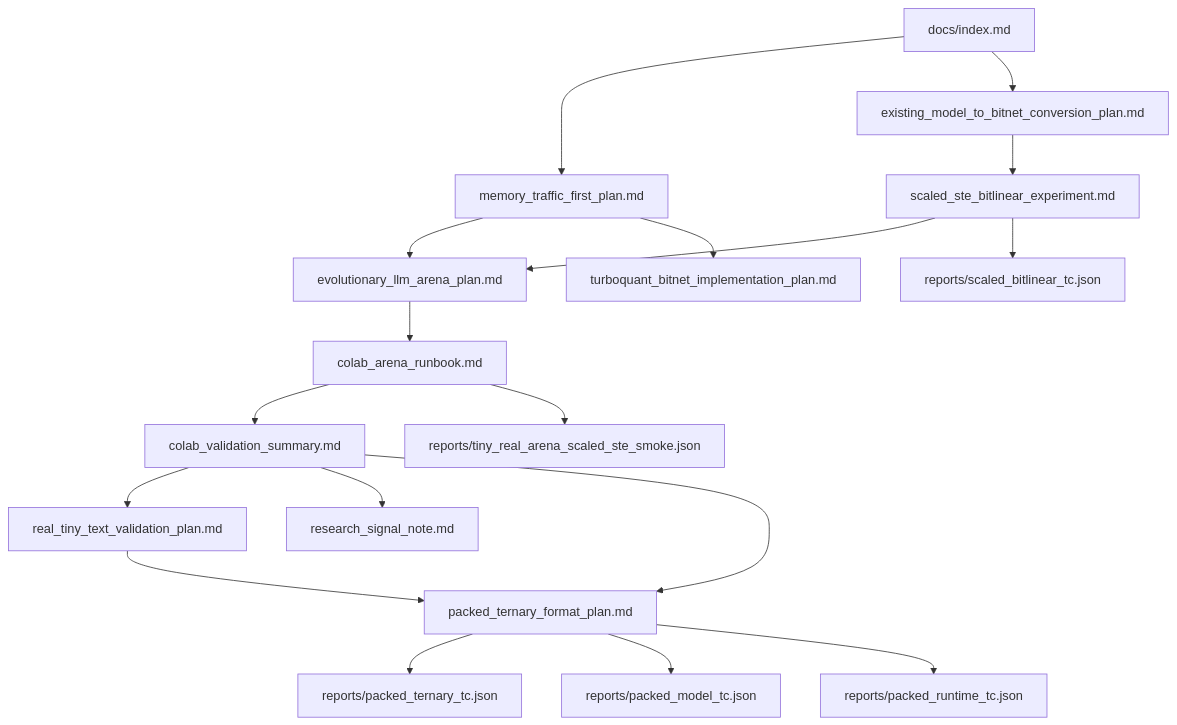
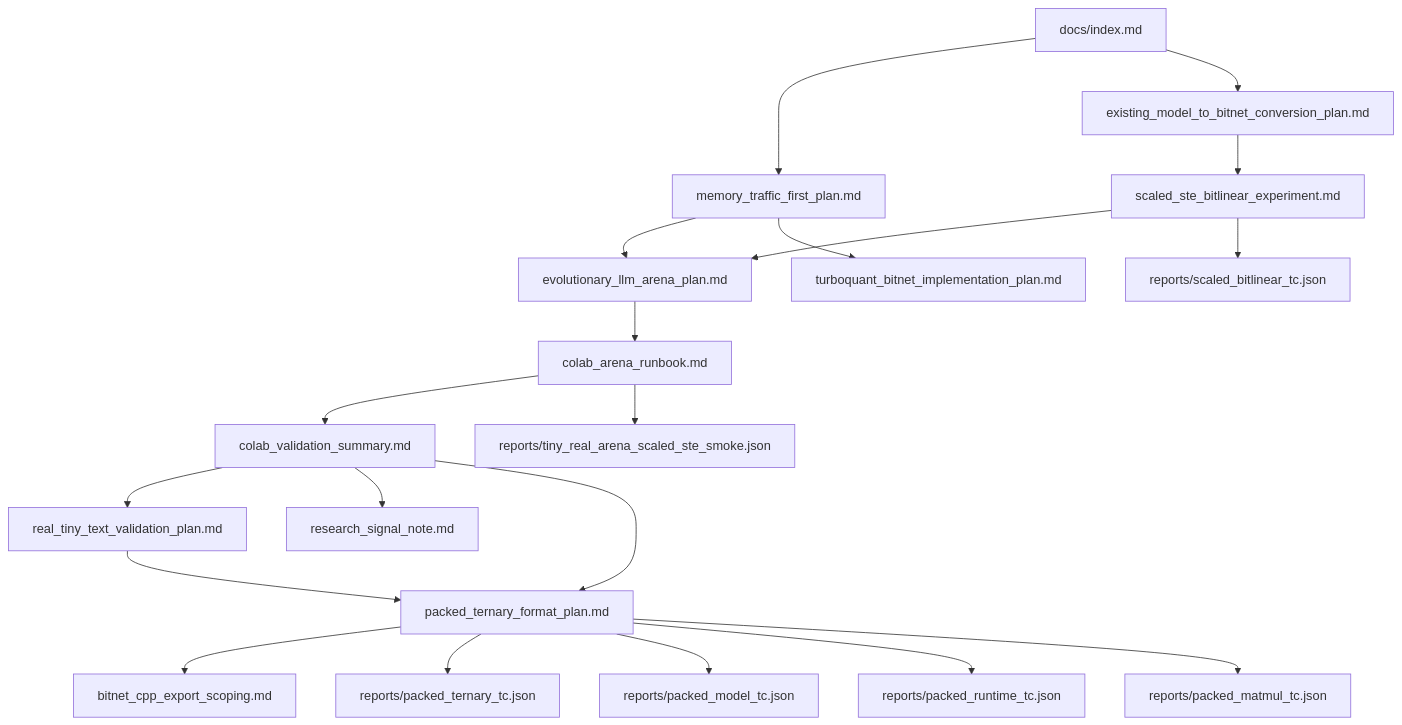
Before and after one commit to gtpk/BitNet-Transformers: the diagram in docs/index.md, drawn with Mermaid. The commit also changed other lines of this file and 8 other files, not shown here.

Commit message:
Add packed matmul reference validation

````diff
--- a/docs/index.md
+++ b/docs/index.md
@@ -92,20 +98,22 @@
 ```mermaid
 flowchart TD
   A["docs/index.md"] --> B["memory_traffic_first_plan.md"]
   A --> C["existing_model_to_bitnet_conversion_plan.md"]
   C --> D["scaled_ste_bitlinear_experiment.md"]
   D --> E["evolutionary_llm_arena_plan.md"]
   E --> F["colab_arena_runbook.md"]
   F --> J["colab_validation_summary.md"]
   J --> K["real_tiny_text_validation_plan.md"]
   J --> L["research_signal_note.md"]
   J --> M["packed_ternary_format_plan.md"]
   K --> M["packed_ternary_format_plan.md"]
+  M --> R["bitnet_cpp_export_scoping.md"]
   B --> E
   B --> G["turboquant_bitnet_implementation_plan.md"]
   F --> H["reports/tiny_real_arena_scaled_ste_smoke.json"]
   D --> I["reports/scaled_bitlinear_tc.json"]
   M --> N["reports/packed_ternary_tc.json"]
   M --> O["reports/packed_model_tc.json"]
   M --> P["reports/packed_runtime_tc.json"]
+  M --> Q["reports/packed_matmul_tc.json"]
 ```
````
